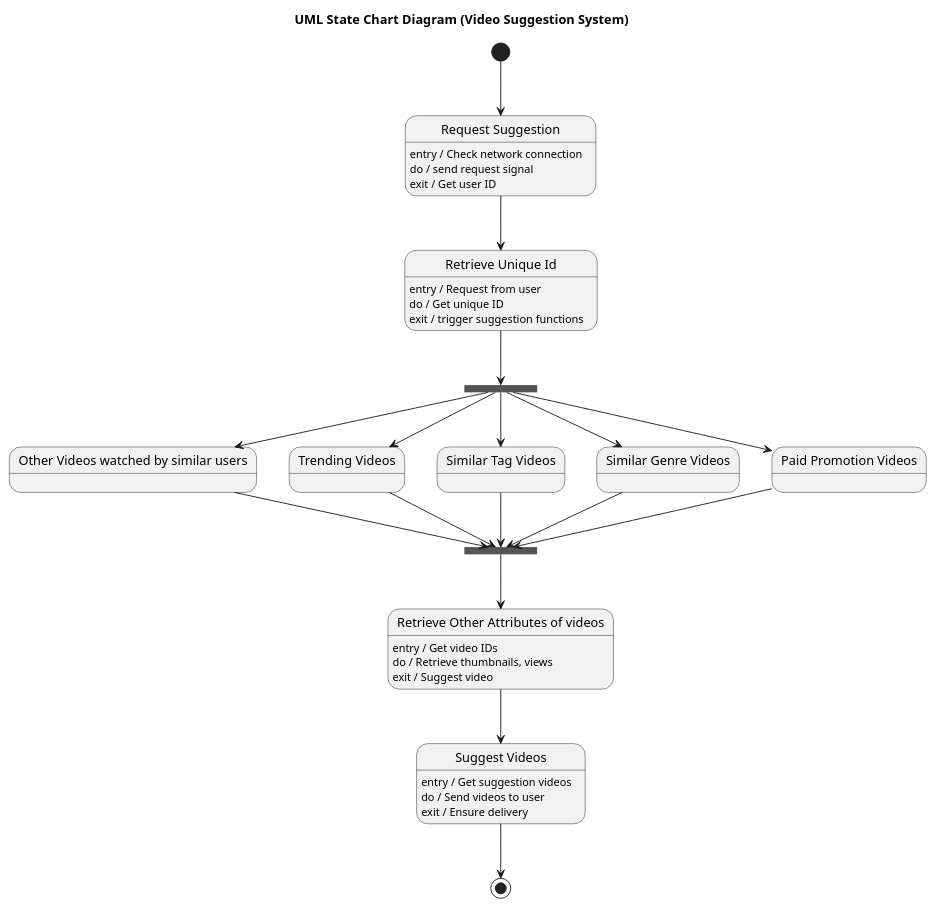
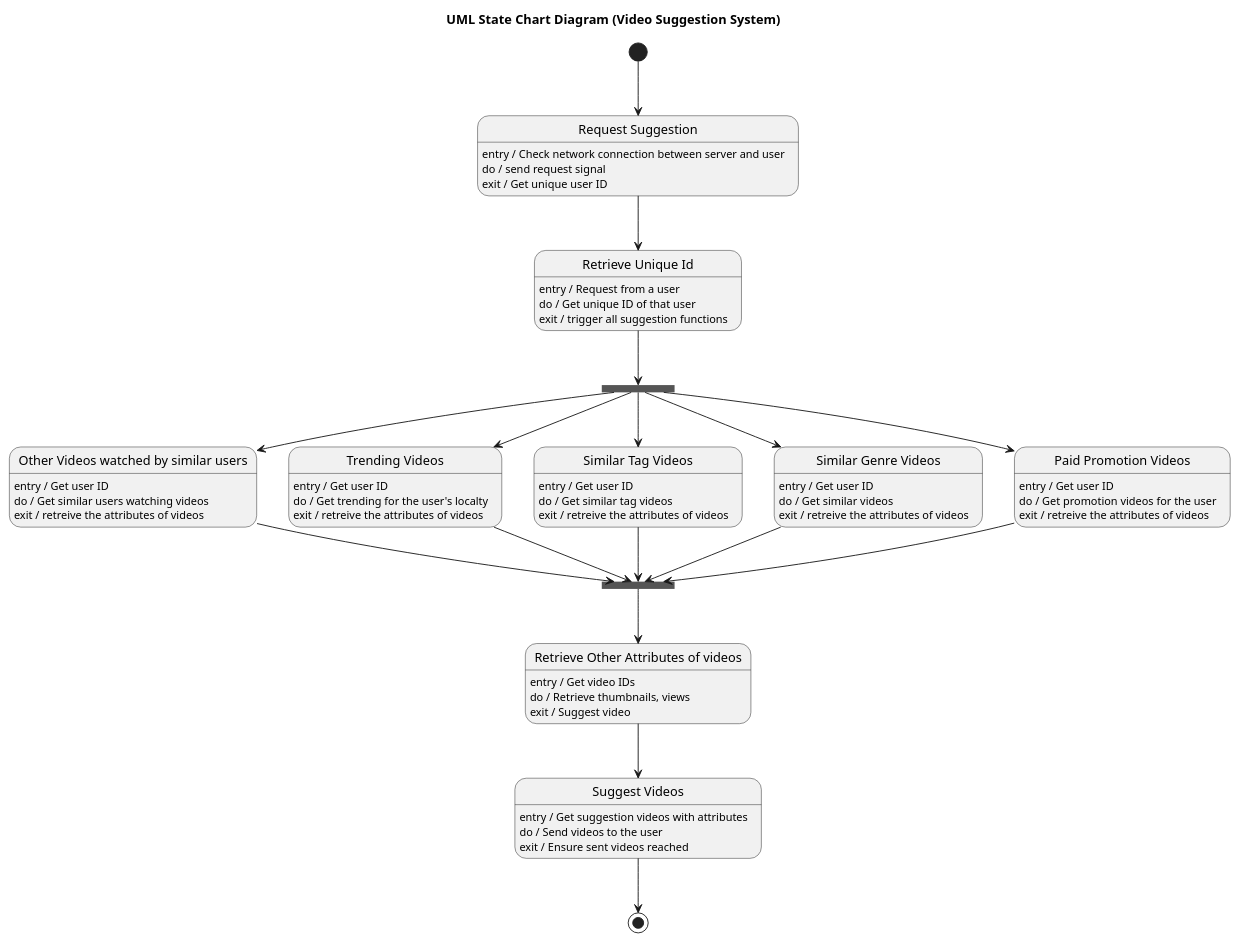
Before and after one commit to maimunafaria/State_transition_Diagram_generated_by_LLM: the diagram in dataset/case_39_video_suggestion_system/diagram.puml, drawn with PlantUML. The commit also changed 32 other files, not shown here.

Commit message:
plantuml diagram validated

```diff
--- a/dataset/case_39_video_suggestion_system/diagram.puml
+++ b/dataset/case_39_video_suggestion_system/diagram.puml
@@ -1,69 +1,76 @@
 @startuml
 title UML State Chart Diagram (Video Suggestion System)
 
 [*] --> RequestSuggestion
 
-'-----------------------
-' Initial steps
-'-----------------------
+
 state "Request Suggestion" as RequestSuggestion
-RequestSuggestion : entry / Check network connection
+RequestSuggestion : entry / Check network connection between server and user 
 RequestSuggestion : do / send request signal
-RequestSuggestion : exit / Get user ID
+RequestSuggestion : exit / Get unique user ID
 
 state "Retrieve Unique Id" as RetrieveID
-RetrieveID : entry / Request from user
-RetrieveID : do / Get unique ID
-RetrieveID : exit / trigger suggestion functions
+RetrieveID : entry / Request from a user
+RetrieveID : do / Get unique ID of that user
+RetrieveID : exit / trigger all suggestion functions
 
 RequestSuggestion --> RetrieveID
 
-'-----------------------
-' Fork into parallel paths
-'-----------------------
+
 state Fork1 <<fork>>
 RetrieveID --> Fork1
 
 state "Other Videos watched by similar users" as SimilarUsers
+SimilarUsers : entry / Get user ID
+SimilarUsers : do / Get similar users watching videos
+SimilarUsers : exit / retreive the attributes of videos 
 state "Trending Videos" as Trending
+Trending : entry / Get user ID
+Trending : do / Get trending for the user's localty
+Trending : exit / retreive the attributes of videos 
 state "Similar Tag Videos" as SimilarTag
+SimilarTag : entry / Get user ID
+SimilarTag : do / Get similar tag videos
+SimilarTag : exit / retreive the attributes of videos 
 state "Similar Genre Videos" as SimilarGenre
+SimilarGenre : entry / Get user ID
+SimilarGenre : do / Get similar videos
+SimilarGenre : exit / retreive the attributes of videos 
 state "Paid Promotion Videos" as PaidPromo
+PaidPromo : entry / Get user ID
+PaidPromo : do / Get promotion videos for the user
+PaidPromo : exit / retreive the attributes of videos 
 
 Fork1 --> SimilarUsers
 Fork1 --> Trending
 Fork1 --> SimilarTag
 Fork1 --> SimilarGenre
 Fork1 --> PaidPromo
 
-'-----------------------
-' Join back
-'-----------------------
+
 state Join1 <<join>>
 
 SimilarUsers --> Join1
 Trending --> Join1
 SimilarTag --> Join1
 SimilarGenre --> Join1
 PaidPromo --> Join1
 
-'-----------------------
-' Final processing
-'-----------------------
+
 state "Retrieve Other Attributes of videos" as RetrieveAttr
 RetrieveAttr : entry / Get video IDs
 RetrieveAttr : do / Retrieve thumbnails, views
 RetrieveAttr : exit / Suggest video
 
 Join1 --> RetrieveAttr
 
 state "Suggest Videos" as SuggestVideos
-SuggestVideos : entry / Get suggestion videos
-SuggestVideos : do / Send videos to user
-SuggestVideos : exit / Ensure delivery
+SuggestVideos : entry / Get suggestion videos with attributes
+SuggestVideos : do / Send videos to the user
+SuggestVideos : exit / Ensure sent videos reached
 
 RetrieveAttr --> SuggestVideos
 
 SuggestVideos --> [*]
 
 @enduml
```
